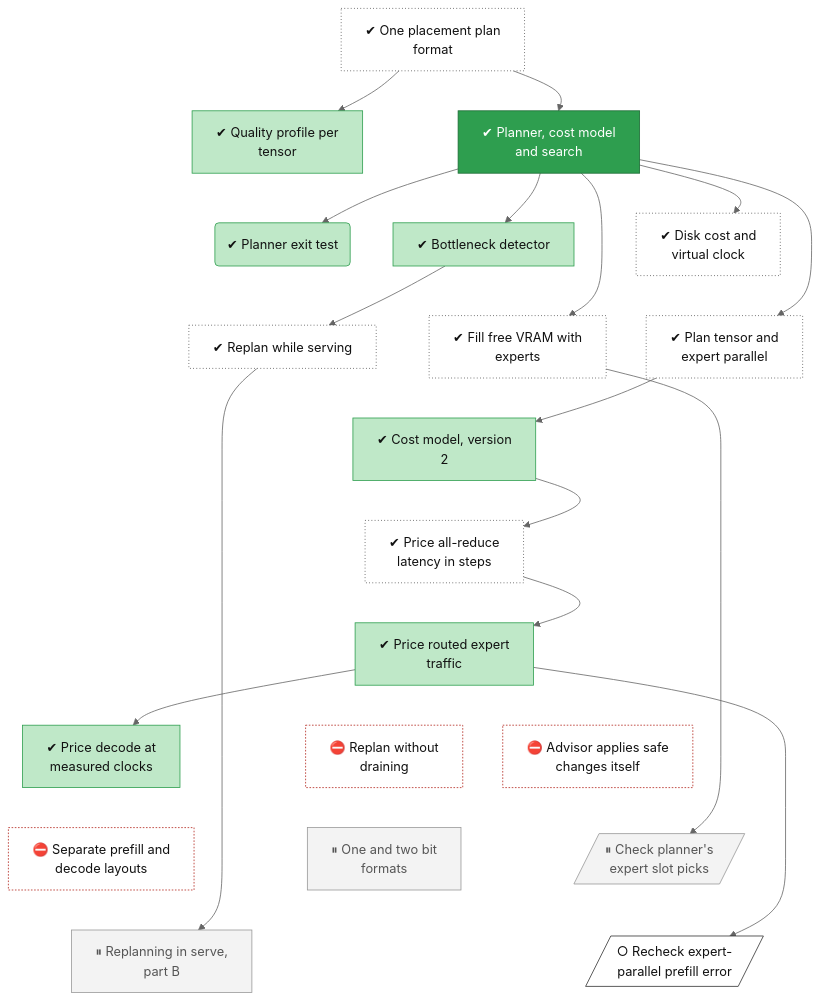
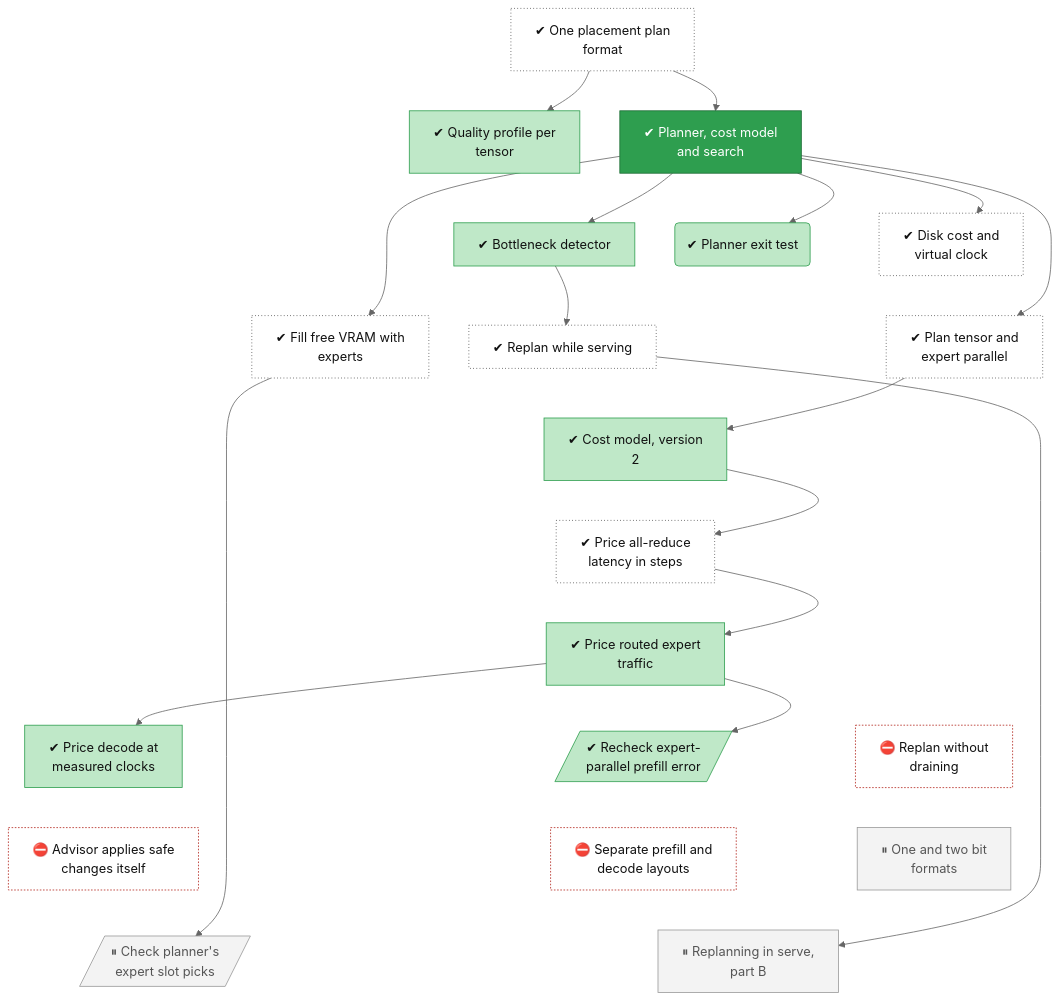
The diagram in docs/roadmap/tracks/planner.md (lhns/tetraeder), drawn with Mermaid (neutral theme) before and after one commit. The commit also changed other lines of this file and 8 other files, not shown here.

Commit message:
Housekeeping: Phase 5 verdict in m2-plan, band and commit notes, used one-offs marked, unused 1.70 removed, ep prefill recheck closed, today's owner decisions in the tree

````diff
--- a/docs/roadmap/tracks/planner.md
+++ b/docs/roadmap/tracks/planner.md
@@ -10,80 +10,79 @@
 ```mermaid
 flowchart TB
     planner_plan_ir["✔ One placement plan<br/>format"]
     planner_quality["✔ Quality profile per<br/>tensor"]
     planner_core["✔ Planner, cost model<br/>and search"]
     planner_exit("✔ Planner exit test")
     planner_detector["✔ Bottleneck detector"]
     planner_tier_cost["✔ Disk cost and<br/>virtual clock"]
     planner_replan["✔ Replan while serving"]
     planner_fill_tier["✔ Fill free VRAM with<br/>experts"]
     planner_parallel_shapes["✔ Plan tensor and<br/>expert parallel"]
     planner_cost_v2["✔ Cost model, version<br/>2"]
     planner_cost_v3["✔ Price all-reduce<br/>latency in steps"]
     planner_cost_v4["✔ Price routed expert<br/>traffic"]
     planner_cost_model_v5["✔ Price decode at<br/>measured clocks"]
+    planner_ep_prefill_recheck[/"✔ Recheck expert-<br/>parallel prefill error"/]
     planner_live_replan["⛔ Replan without<br/>draining"]
     planner_advisor_auto["⛔ Advisor applies safe<br/>changes itself"]
     planner_split_layouts["⛔ Separate prefill and<br/>decode layouts"]
     planner_low_bit_formats["⏸ One and two bit<br/>formats"]
     planner_slot_campaign[/"⏸ Check planner's<br/>expert slot picks"/]
     planner_replan_part_b["⏸ Replanning in serve,<br/>part B"]
-    planner_ep_prefill_recheck[/"○ Recheck expert-<br/>parallel prefill error"/]
     planner_plan_ir ~~~ planner_quality
     planner_plan_ir ~~~ planner_core
     planner_quality ~~~ planner_exit
     planner_core ~~~ planner_detector
     planner_core ~~~ planner_tier_cost
     planner_exit ~~~ planner_replan
     planner_detector ~~~ planner_fill_tier
     planner_tier_cost ~~~ planner_parallel_shapes
     planner_replan ~~~ planner_cost_v2
     planner_fill_tier ~~~ planner_cost_v2
     planner_parallel_shapes ~~~ planner_cost_v2
     planner_cost_v2 ~~~ planner_cost_v3
     planner_cost_v3 ~~~ planner_cost_v4
     planner_cost_v4 ~~~ planner_cost_model_v5
+    planner_cost_v4 ~~~ planner_ep_prefill_recheck
     planner_cost_v4 ~~~ planner_live_replan
-    planner_cost_v4 ~~~ planner_advisor_auto
-    planner_cost_model_v5 ~~~ planner_split_layouts
+    planner_cost_model_v5 ~~~ planner_advisor_auto
+    planner_ep_prefill_recheck ~~~ planner_split_layouts
     planner_live_replan ~~~ planner_low_bit_formats
     planner_advisor_auto ~~~ planner_slot_campaign
     planner_split_layouts ~~~ planner_replan_part_b
-    planner_low_bit_formats ~~~ planner_ep_prefill_recheck
-    planner_slot_campaign ~~~ planner_ep_prefill_recheck
+    planner_low_bit_formats ~~~ planner_replan_part_b
     planner_plan_ir --> planner_quality
     planner_plan_ir --> planner_core
     planner_core --> planner_exit
     planner_core --> planner_detector
     planner_core --> planner_tier_cost
     planner_detector --> planner_replan
     planner_core --> planner_fill_tier
     planner_core --> planner_parallel_shapes
     planner_parallel_shapes --> planner_cost_v2
     planner_cost_v2 --> planner_cost_v3
     planner_cost_v3 --> planner_cost_v4
     planner_cost_v4 --> planner_cost_model_v5
+    planner_cost_v4 --> planner_ep_prefill_recheck
     planner_fill_tier --> planner_slot_campaign
     planner_replan --> planner_replan_part_b
-    planner_cost_v4 --> planner_ep_prefill_recheck
     classDef vsucc fill:#2e9e4f,stroke:#1b6b34,color:#fff
     classDef succ fill:#bfe8c8,stroke:#2e9e4f,color:#111
     classDef mixed fill:#ffd37a,stroke:#c98a00,color:#111
     classDef bad fill:#f28b82,stroke:#b3261e,color:#111
     classDef dead fill:#e6e6e6,stroke:#777,stroke-dasharray:5 5,color:#555
     classDef inprog fill:#a8cdf5,stroke:#1f6fc5,color:#111
     classDef next fill:#fff,stroke:#333,color:#111
     classDef blocked fill:#fff,stroke:#b3261e,stroke-dasharray:2 2,color:#111
     classDef parked fill:#f3f3f3,stroke:#999,color:#555
     classDef unrated fill:#fff,stroke:#333,stroke-dasharray:1 3,color:#111
     classDef gate fill:#d9c2f0,stroke:#7b3fb5,color:#111
     classDef decided fill:#ece0f7,stroke:#7b3fb5,stroke-dasharray:2 2,color:#111
     classDef finding fill:#ffe0b2,stroke:#d84315,stroke-width:2px,color:#111
     classDef waiting fill:#e3f2fd,stroke:#1f6fc5,stroke-dasharray:5 5,color:#111
     class planner_plan_ir,planner_tier_cost,planner_replan,planner_fill_tier,planner_parallel_shapes,planner_cost_v3 unrated
-    class planner_quality,planner_exit,planner_detector,planner_cost_v2,planner_cost_v4,planner_cost_model_v5 succ
+    class planner_quality,planner_exit,planner_detector,planner_cost_v2,planner_cost_v4,planner_cost_model_v5,planner_ep_prefill_recheck succ
     class planner_core vsucc
     class planner_live_replan,planner_advisor_auto,planner_split_layouts blocked
     class planner_low_bit_formats,planner_slot_campaign,planner_replan_part_b parked
-    class planner_ep_prefill_recheck next
 ```
````
